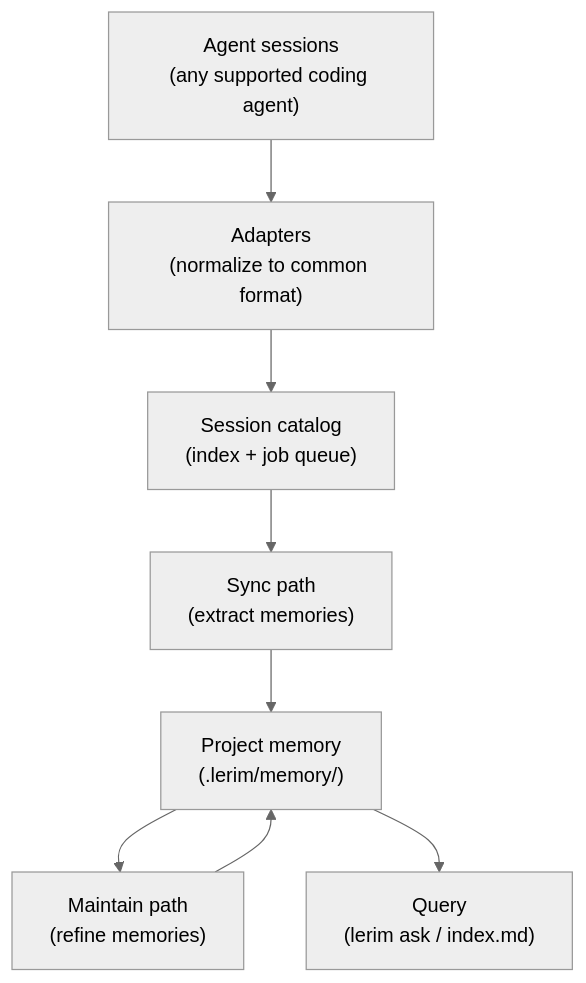
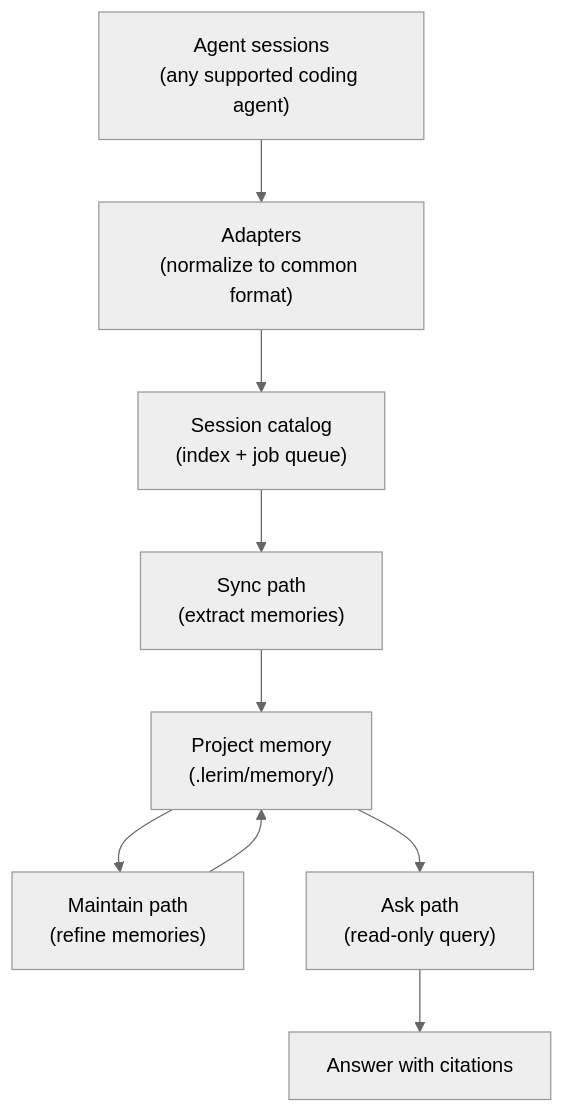
The first of 3 diagrams in docs/concepts/how-it-works.md (lerim-dev/lerim-cli), drawn with Mermaid (neutral theme) before and after one commit. The commit also changed other lines of this file and 27 other files, not shown here.

````diff
--- a/docs/concepts/how-it-works.md
+++ b/docs/concepts/how-it-works.md
@@ -43,10 +44,11 @@
 ```mermaid
 flowchart TD
     A["Agent sessions\n(any supported coding agent)"] --> B["Adapters\n(normalize to common format)"]
     B --> C["Session catalog\n(index + job queue)"]
     C --> D["Sync path\n(extract memories)"]
     D --> E["Project memory\n(.lerim/memory/)"]
     E --> F["Maintain path\n(refine memories)"]
     F --> E
-    E --> G["Query\n(lerim ask / index.md)"]
+    E --> G["Ask path\n(read-only query)"]
+    G --> H["Answer with citations"]
 ```
````
